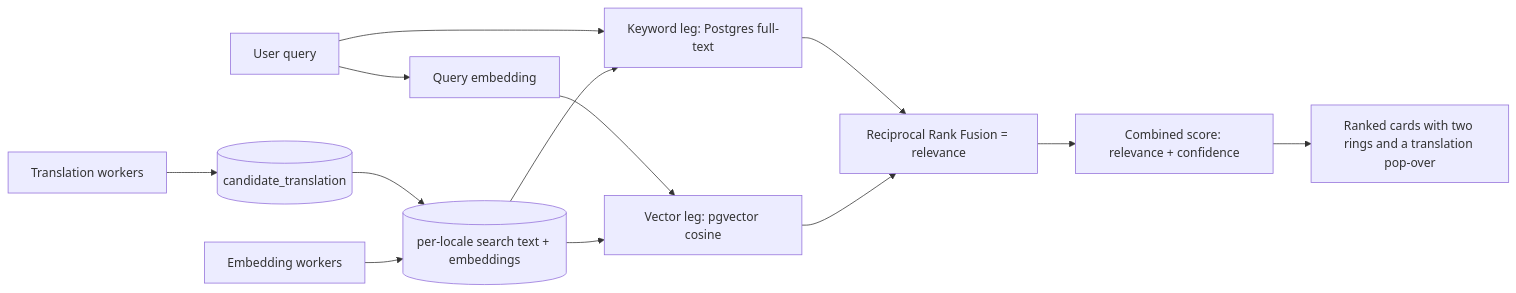
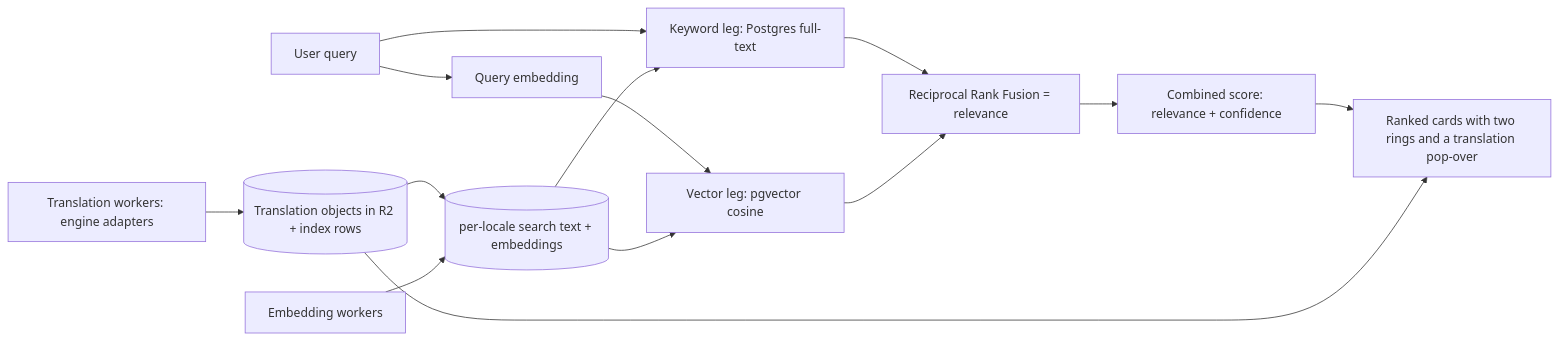
One commit to vadim-schultz/redtape changed the first of 3 diagrams in .plans/search-first/00-architecture.md. Above: the diagram before and after it, drawn with Mermaid. The commit also changed other lines of this file and 12 other files, not shown here.

First line of the commit message:
docs(plans): add translation engine adapters and move translations to R2

````diff
--- a/.plans/search-first/00-architecture.md
+++ b/.plans/search-first/00-architecture.md
@@ -19,15 +19,16 @@
 ```mermaid
 flowchart LR
   Q[User query] --> E[Query embedding]
   Q --> K[Keyword leg: Postgres full-text]
   E --> V[Vector leg: pgvector cosine]
   K --> F[Reciprocal Rank Fusion = relevance]
   V --> F
   F --> S[Combined score: relevance + confidence]
   S --> R[Ranked cards with two rings and a translation pop-over]
-  T[Translation workers] --> X[(candidate_translation)]
+  T[Translation workers: engine adapters] --> X[(Translation objects in R2 + index rows)]
   X --> P[(per-locale search text + embeddings)]
+  X --> R
   W[Embedding workers] --> P
   P --> K
   P --> V
 ```
````
